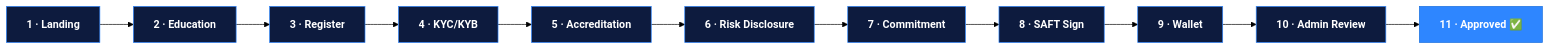
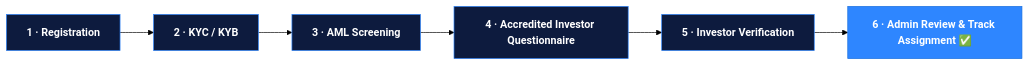
The first of 4 diagrams in docs/investor-onboarding.md (Gur-noor/Property-United), drawn with Mermaid (forest theme) before and after one commit. The commit also changed other lines of this file and 5 other files, not shown here.

First line of the commit message:
Two-track investor onboarding + disclosed no-vesting token tranche

````diff
--- a/docs/investor-onboarding.md
+++ b/docs/investor-onboarding.md
@@ -39,12 +22,11 @@
 ```mermaid
 flowchart LR
-    S1["1 · Landing"] --> S2["2 · Education"] --> S3["3 · Register"]
-    S3 --> S4["4 · KYC/KYB"] --> S5["5 · Accreditation"] --> S6["6 · Risk Disclosure"]
-    S6 --> S7["7 · Commitment"] --> S8["8 · SAFT Sign"] --> S9["9 · Wallet"]
-    S9 --> S10["10 · Admin Review"] --> S11["11 · Approved ✅"]
+    R["1 · Registration"] --> K["2 · KYC / KYB"] --> A["3 · AML Screening"]
+    A --> Q["4 · Accredited Investor Questionnaire"] --> V["5 · Investor Verification"]
+    V --> G["6 · Admin Review & Track Assignment ✅"]
 
     classDef step fill:#0d1b3e,stroke:#2E86FF,color:#ffffff,font-weight:600;
     classDef done fill:#2E86FF,stroke:#1a6fdd,color:#fff,font-weight:bold;
-    class S1,S2,S3,S4,S5,S6,S7,S8,S9,S10 step;
-    class S11 done;
+    class R,K,A,Q,V step;
+    class G done;
 ```
````
